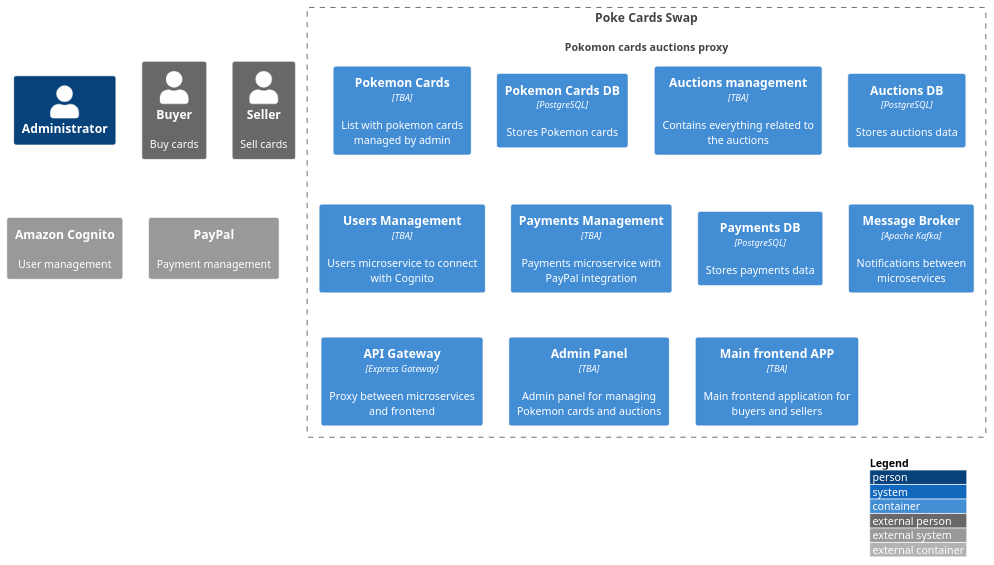
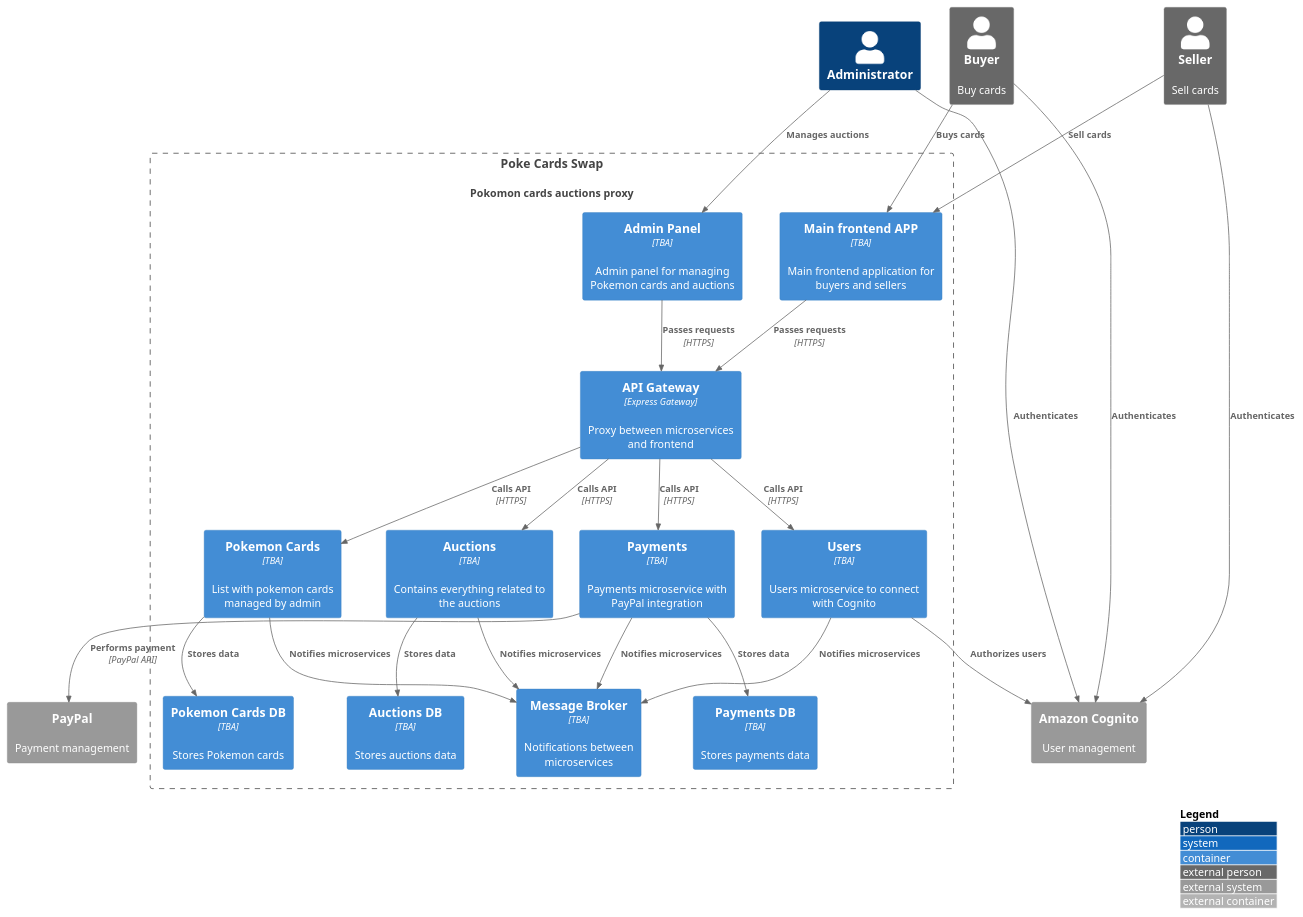
The diagram in docs/structure/PokeCards/system.puml (poke-cards-swap/poke-cards-swap), drawn with PlantUML before and after one commit.

Commit message:
Add relations in the system

```diff
--- a/docs/structure/PokeCards/system.puml
+++ b/docs/structure/PokeCards/system.puml
@@ -1,35 +1,66 @@
 @startuml
 !include https://raw.githubusercontent.com/adrianvlupu/C4-PlantUML/latest/C4_Container.puml
 
 LAYOUT_WITH_LEGEND()
 
 Person(admin, "Administrator")
 
 Person_Ext(buyer, "Buyer", "Buy cards")
 Person_Ext(seller, "Seller", "Sell cards")
 
 System(pokemoncards, "Poke Cards Swap", "Pokomon cards auctions proxy")
 
 System_Ext(cognito, "Amazon Cognito", "User management")
 System_Ext(paypal, "PayPal", "Payment management")
 
 System_Boundary(pokemoncards, "Poke Cards Swap") {
     Container(cards, "Pokemon Cards", "TBA", "List with pokemon cards managed by admin")
-    Container(cardsdb, "Pokemon Cards DB", "PostgreSQL", "Stores Pokemon cards")
+    Container(cardsdb, "Pokemon Cards DB", "TBA", "Stores Pokemon cards")
 
-    Container(auctions, "Auctions management", "TBA", "Contains everything related to the auctions")
-    Container(auctionsdb, "Auctions DB", "PostgreSQL", "Stores auctions data")
+    Container(auctions, "Auctions", "TBA", "Contains everything related to the auctions")
+    Container(auctionsdb, "Auctions DB", "TBA", "Stores auctions data")
 
-    Container(users, "Users Management", "TBA", "Users microservice to connect with Cognito")
+    Container(users, "Users", "TBA", "Users microservice to connect with Cognito")
 
-    Container(payments, "Payments Management", "TBA", "Payments microservice with PayPal integration")
-    Container(paymentsdb, "Payments DB", "PostgreSQL", "Stores payments data")
+    Container(payments, "Payments", "TBA", "Payments microservice with PayPal integration")
+    Container(paymentsdb, "Payments DB", "TBA", "Stores payments data")
 
-    Container(kafka, "Message Broker", "Apache Kafka", "Notifications between microservices")
+    Container(messagebroker, "Message Broker", "TBA", "Notifications between microservices")
+
+    Container(adminpanel, "Admin Panel", "TBA", "Admin panel for managing Pokemon cards and auctions")
+    Container(cardsfrontend, "Main frontend APP", "TBA", "Main frontend application for buyers and sellers")
 
     Container(expressgateway, "API Gateway", "Express Gateway", "Proxy between microservices and frontend")
 
-    Container(adminpanel, "Admin Panel", "TBA", "Admin panel for managing Pokemon cards and auctions")
-    Container(cardsfrontend, "Main frontend APP", "TBA", "Main frontend application for buyers and sellers")
+    Rel(adminpanel, expressgateway, "Passes requests", "HTTPS")
+    Rel(cardsfrontend, expressgateway, "Passes requests", "HTTPS")
+
+    Rel(expressgateway, cards, "Calls API", "HTTPS")
+    Rel(expressgateway, auctions, "Calls API", "HTTPS")
+    Rel(expressgateway, payments, "Calls API", "HTTPS")
+    Rel(expressgateway, users, "Calls API", "HTTPS")
+
+    Rel(cards, cardsdb, "Stores data")
+    Rel(auctions, auctionsdb, "Stores data")
+    Rel(payments, paymentsdb, "Stores data")
+
+    Rel(cards, messagebroker, "Notifies microservices")
+    Rel(auctions, messagebroker, "Notifies microservices")
+    Rel(payments, messagebroker, "Notifies microservices")
+    Rel(users, messagebroker, "Notifies microservices")
 }
+
+Rel(payments, paypal, "Performs payment", "PayPal API")
+
+Rel(admin, adminpanel, "Manages auctions")
+
+Rel(buyer, cardsfrontend, "Buys cards")
+Rel(seller, cardsfrontend, "Sell cards")
+
+Rel(buyer, cognito, "Authenticates")
+Rel(admin, cognito, "Authenticates")
+Rel(seller, cognito, "Authenticates")
+
+Rel(users, cognito, "Authorizes users")
+
 @enduml
```
